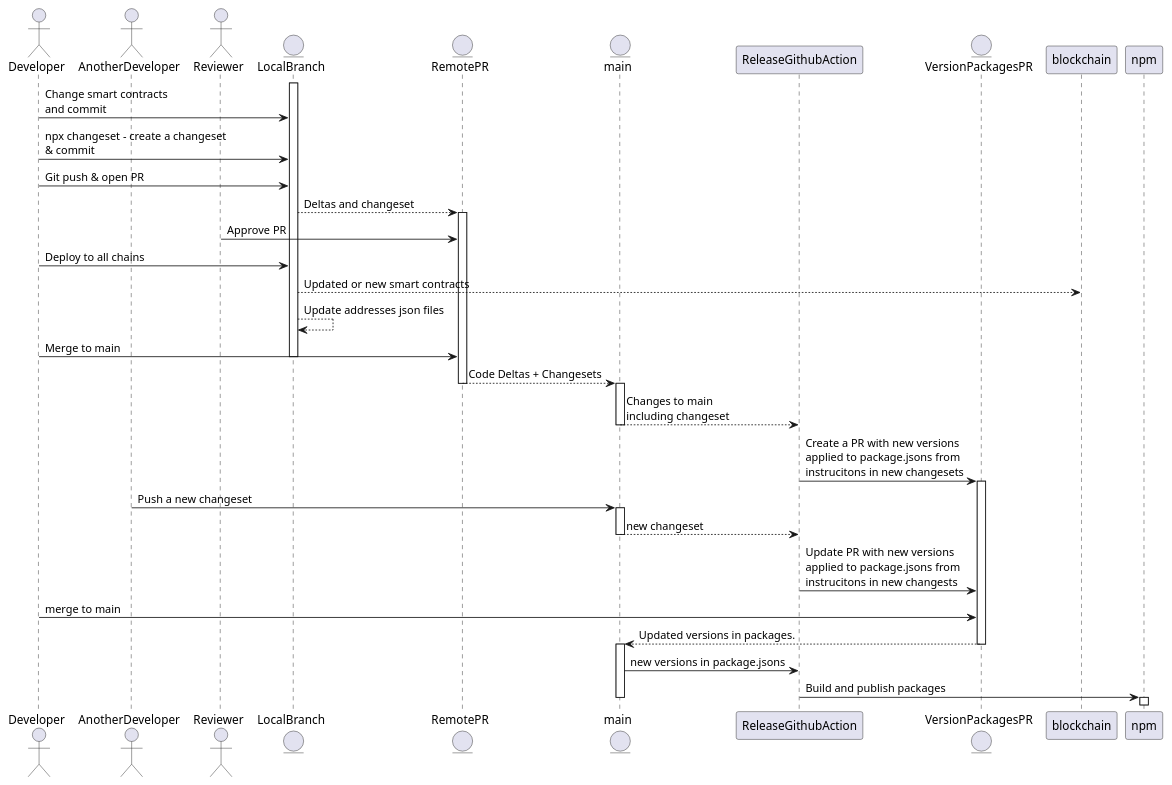
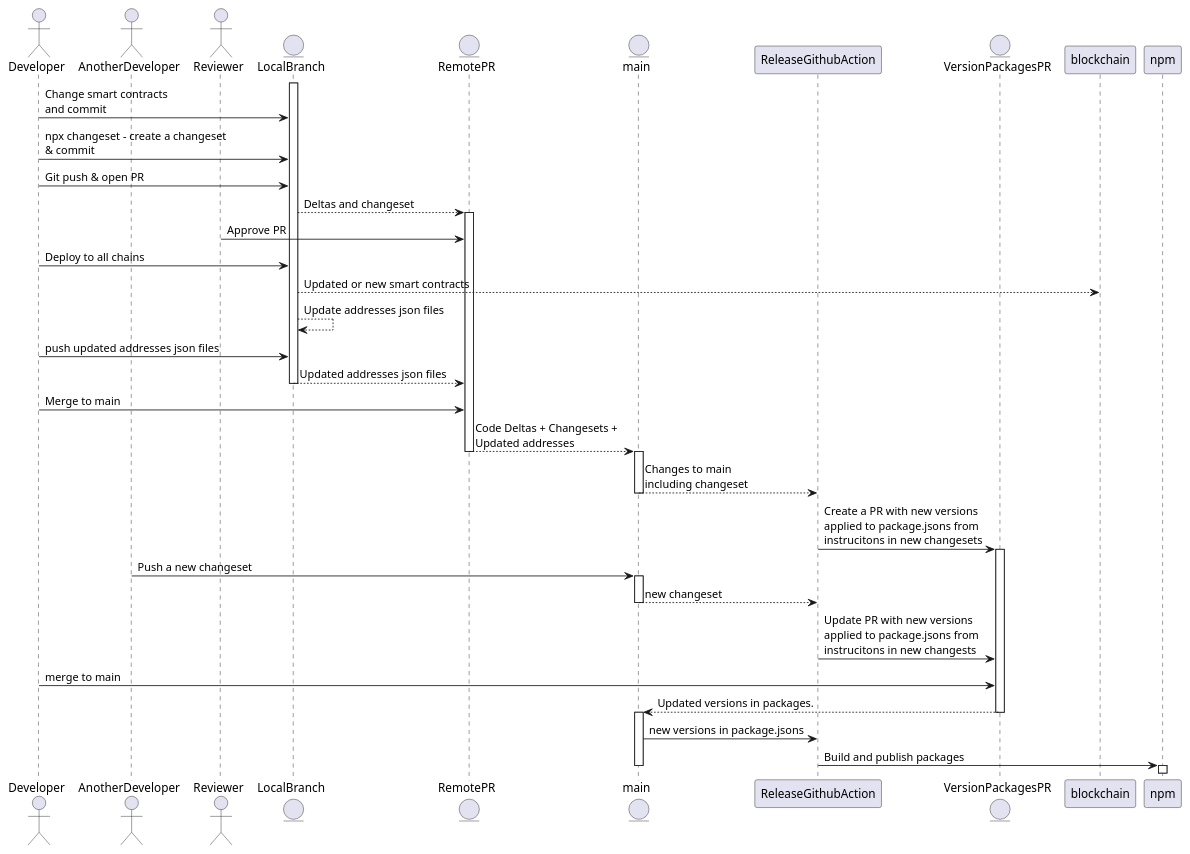
The diagram in uml/deployment.puml (ourzora/zora-protocol), drawn with PlantUML before and after one commit. The commit also changed 2 other files, not shown here.

```diff
--- a/uml/deployment.puml
+++ b/uml/deployment.puml
@@ -1,46 +1,48 @@
 @startuml
 actor Developer
 actor AnotherDeveloper
 actor Reviewer
 entity LocalBranch
 entity RemotePR
 entity main
 participant  ReleaseGithubAction
 entity VersionPackagesPR
 participant blockchain
 participant npm
 
 Activate LocalBranch
 Developer -> LocalBranch: Change smart contracts \nand commit
 Developer -> LocalBranch: npx changeset - create a changeset \n& commit 
 Developer -> LocalBranch: Git push & open PR
 LocalBranch --> RemotePR: Deltas and changeset
 activate RemotePR
 Reviewer -> RemotePR: Approve PR
 Developer -> LocalBranch: Deploy to all chains
 LocalBranch --> blockchain: Updated or new smart contracts
 LocalBranch --> LocalBranch: Update addresses json files
+Developer -> LocalBranch: push updated addresses json files
+LocalBranch --> RemotePR: Updated addresses json files
+deactivate LocalBranch
 Developer -> RemotePR: Merge to main
-deactivate LocalBranch
-RemotePR --> main: Code Deltas + Changesets
+RemotePR --> main: Code Deltas + Changesets + \nUpdated addresses
 deactivate RemotePR
 activate main
 main --> ReleaseGithubAction: Changes to main \nincluding changeset
 deactivate main
 ReleaseGithubAction -> VersionPackagesPR: Create a PR with new versions \napplied to package.jsons from \ninstrucitons in new changesets
 activate VersionPackagesPR
 AnotherDeveloper -> main: Push a new changeset
 activate main
 main --> ReleaseGithubAction: new changeset
 deactivate main
 ReleaseGithubAction -> VersionPackagesPR: Update PR with new versions \napplied to package.jsons from \ninstrucitons in new changests
 Developer -> VersionPackagesPR: merge to main
 VersionPackagesPR --> main: Updated versions in packages.
 deactivate VersionPackagesPR
 activate main
 main -> ReleaseGithubAction: new versions in package.jsons
 ReleaseGithubAction -> npm: Build and publish packages
 deactivate main
 activate npm
 
 @enduml
```
